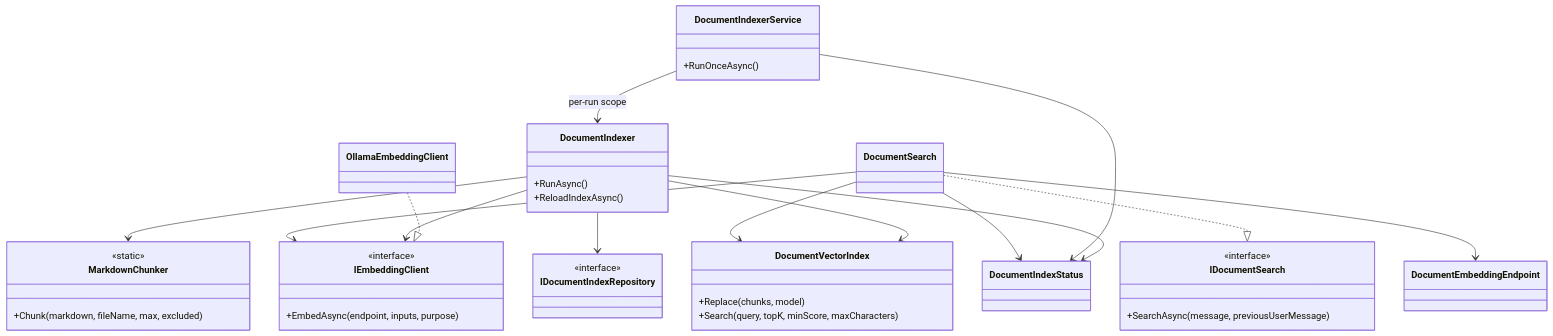
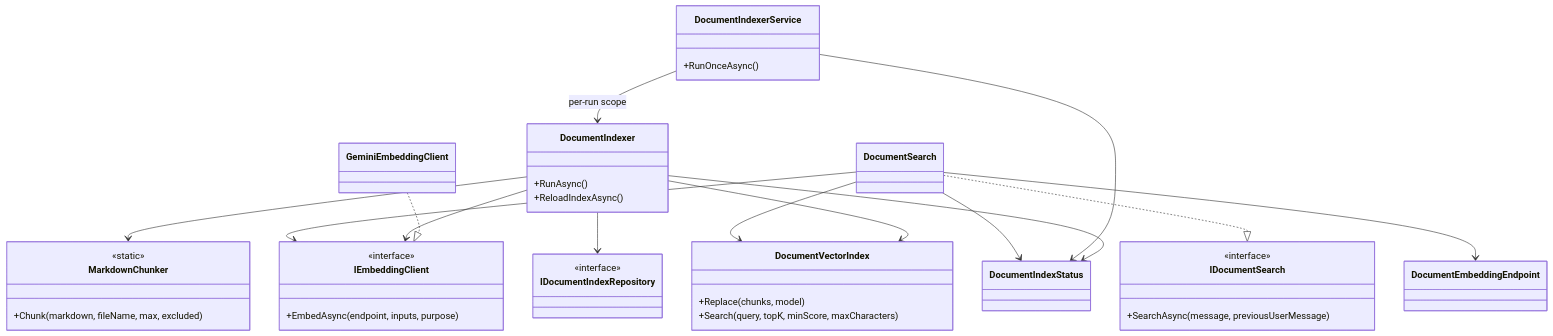
Before and after one commit to jojogeorge3344/TaskFlow-Project: the seventh of 14 diagrams in TF - Documents/TF - LLD/08-TFA-Assistant/08.1-Assistant/LLD-Assistant.md, drawn with Mermaid. The commit also changed other lines of this file and 65 other files, not shown here.

First line of the commit message:
feat(tfa): make Google Gemini the default chat provider and document embedding engine

````diff
--- a/TF - Documents/TF - LLD/08-TFA-Assistant/08.1-Assistant/LLD-Assistant.md
+++ b/TF - Documents/TF - LLD/08-TFA-Assistant/08.1-Assistant/LLD-Assistant.md
@@ -717,46 +717,46 @@
 ```mermaid
 classDiagram
   class IDocumentSearch {
     <<interface>>
     +SearchAsync(message, previousUserMessage)
   }
   class DocumentSearch
   class DocumentVectorIndex {
     +Replace(chunks, model)
     +Search(query, topK, minScore, maxCharacters)
   }
   class DocumentIndexerService {
     +RunOnceAsync()
   }
   class DocumentIndexer {
     +RunAsync()
     +ReloadIndexAsync()
   }
   class MarkdownChunker {
     <<static>>
     +Chunk(markdown, fileName, max, excluded)
   }
   class IEmbeddingClient {
     <<interface>>
     +EmbedAsync(endpoint, inputs, purpose)
   }
-  class OllamaEmbeddingClient
+  class GeminiEmbeddingClient
   class IDocumentIndexRepository {
     <<interface>>
   }
   class DocumentIndexStatus
   class DocumentEmbeddingEndpoint
   DocumentSearch ..|> IDocumentSearch
   DocumentSearch --> DocumentVectorIndex
   DocumentSearch --> IEmbeddingClient
   DocumentSearch --> DocumentEmbeddingEndpoint
   DocumentSearch --> DocumentIndexStatus
   DocumentIndexerService --> DocumentIndexer : per-run scope
   DocumentIndexerService --> DocumentIndexStatus
   DocumentIndexer --> MarkdownChunker
   DocumentIndexer --> IEmbeddingClient
   DocumentIndexer --> IDocumentIndexRepository
   DocumentIndexer --> DocumentVectorIndex
   DocumentIndexer --> DocumentIndexStatus
-  OllamaEmbeddingClient ..|> IEmbeddingClient
+  GeminiEmbeddingClient ..|> IEmbeddingClient
 ```
````
